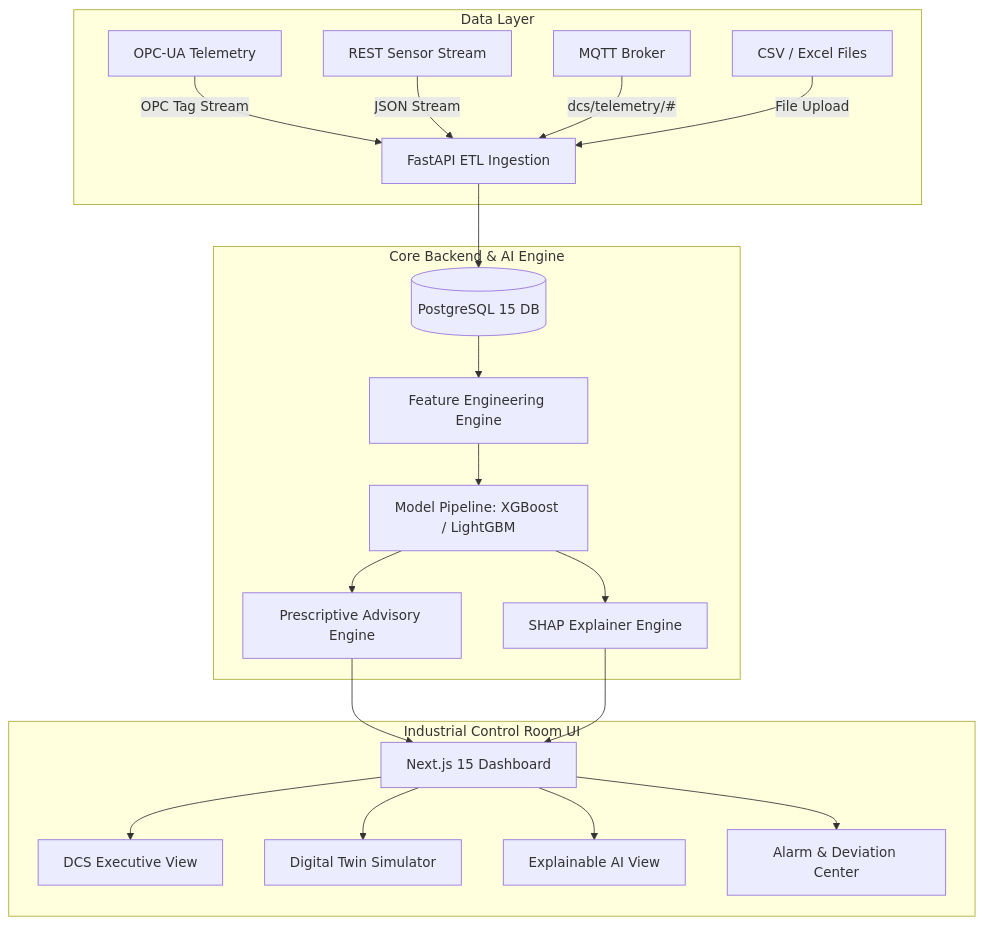
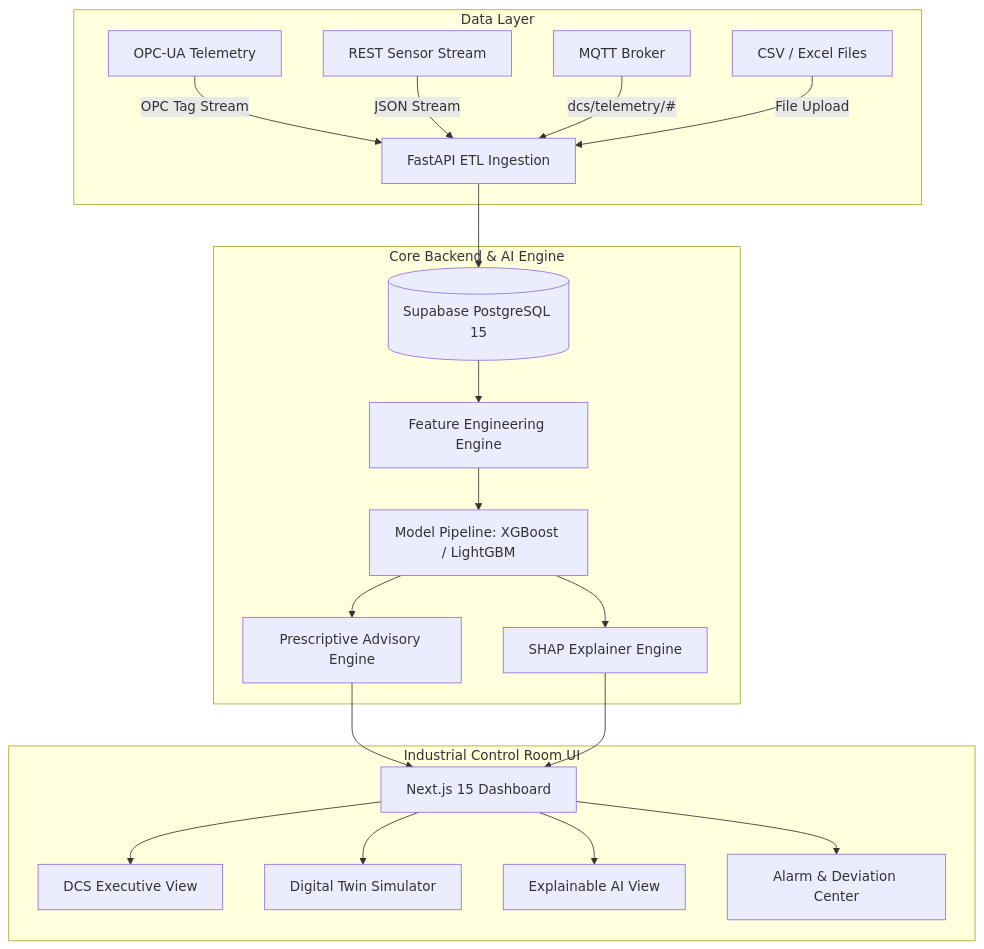
Before and after one commit to aarushichaddha/GradeSense-AI: the diagram in README.md, drawn with Mermaid. The commit also changed other lines of this file, not shown here.

````diff
--- a/README.md
+++ b/README.md
@@ -60,26 +69,26 @@
 ```mermaid
 graph TD
     subgraph Data Layer
         A[OPC-UA Telemetry] -->|OPC Tag Stream| E[FastAPI ETL Ingestion]
         B[REST Sensor Stream] -->|JSON Stream| E
         C[MQTT Broker] -->|dcs/telemetry/#| E
         D[CSV / Excel Files] -->|File Upload| E
     end
 
     subgraph Core Backend & AI Engine
-        E --> F[(PostgreSQL 15 DB)]
+        E --> F[(Supabase PostgreSQL 15)]
         F --> G[Feature Engineering Engine]
         G --> H[Model Pipeline: XGBoost / LightGBM]
         H --> I[SHAP Explainer Engine]
         H --> J[Prescriptive Advisory Engine]
     end
 
     subgraph Industrial Control Room UI
         J --> K[Next.js 15 Dashboard]
         I --> K
         K --> L[DCS Executive View]
         K --> M[Digital Twin Simulator]
         K --> N[Explainable AI View]
         K --> O[Alarm & Deviation Center]
     end
 ```
````
